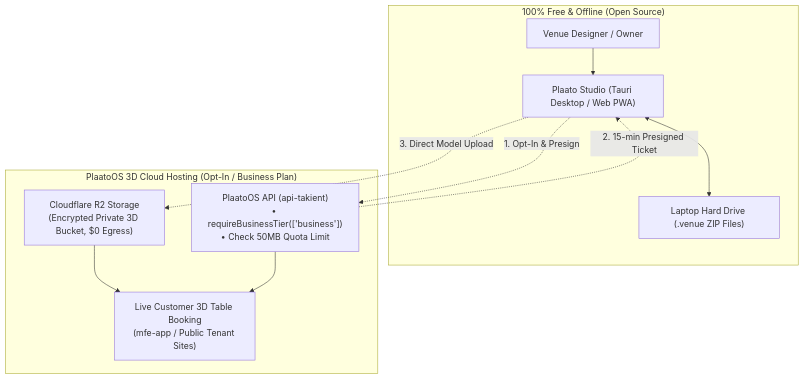
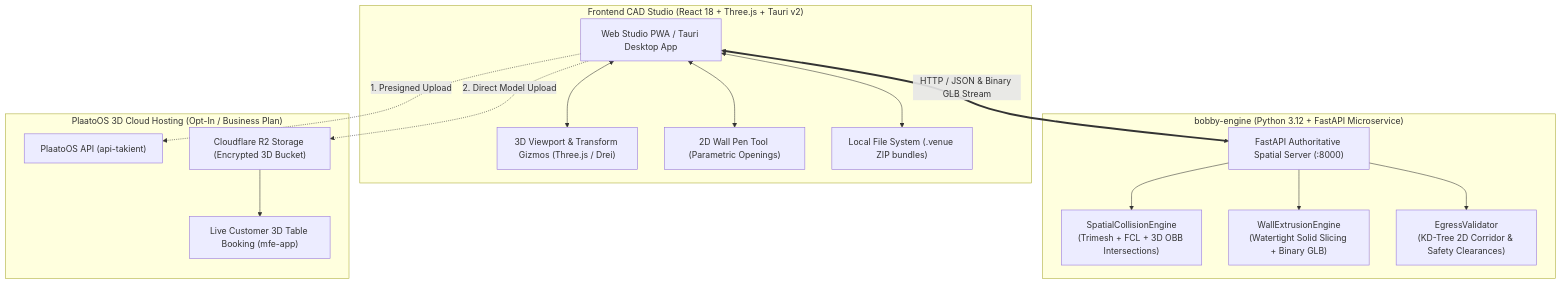
One commit to luisenriquecgongora/bobby changed the diagram in README.md. Above: the diagram before and after it, drawn with Mermaid. The commit also changed other lines of this file and 2 other files, not shown here.

Commit message:
chore(repo): configure .gitattributes linguist rules and update dual-engine README architecture

````diff
--- a/README.md
+++ b/README.md
@@ -15,23 +19,36 @@
 ```mermaid
 flowchart TD
-    subgraph OfflineFree["100% Free & Offline (Open Source)"]
-        User["Venue Designer / Owner"]
-        App["Plaato Studio (Tauri Desktop / Web PWA)"]
-        LocalDisk["Laptop Hard Drive (.venue ZIP Files)"]
-
-        User --> App
-        App <--> LocalDisk
+    subgraph Client["Frontend CAD Studio (React 18 + Three.js + Tauri v2)"]
+        UI["Web Studio PWA / Tauri Desktop App"]
+        Viewport["3D Viewport & Transform Gizmos (Three.js / Drei)"]
+        WallPen["2D Wall Pen Tool (Parametric Openings)"]
+        LocalZip["Local File System (.venue ZIP bundles)"]
+        
+        UI <--> Viewport
+        UI <--> WallPen
+        UI <--> LocalZip
     end
 
-    subgraph OptInCloud["PlaatoOS 3D Cloud Hosting (Opt-In / Business Plan)"]
-        API["PlaatoOS API (api-takient)\n• requireBusinessTier(['business'])\n• Check 50MB Quota Limit"]
-        R2["Cloudflare R2 Storage\n(Encrypted Private 3D Bucket, $0 Egress)"]
-        Viewer["Live Customer 3D Table Booking\n(mfe-app / Public Tenant Sites)"]
+    subgraph GeometryEngine["bobby-engine (Python 3.12 + FastAPI Microservice)"]
+        FastAPI["FastAPI Authoritative Spatial Server (:8000)"]
+        Collision["SpatialCollisionEngine\n(Trimesh + FCL + 3D OBB Intersections)"]
+        Extruder["WallExtrusionEngine\n(Watertight Solid Slicing + Binary GLB)"]
+        Egress["EgressValidator\n(KD-Tree 2D Corridor & Safety Clearances)"]
 
-        App -. "1. Opt-In & Presign" .-> API
-        API -. "2. 15-min Presigned Ticket" .-> App
-        App -. "3. Direct Model Upload" .-> R2
+        FastAPI --> Collision
+        FastAPI --> Extruder
+        FastAPI --> Egress
+    end
+
+    subgraph CloudHosting["PlaatoOS 3D Cloud Hosting (Opt-In / Business Plan)"]
+        API["PlaatoOS API (api-takient)"]
+        R2["Cloudflare R2 Storage (Encrypted 3D Bucket)"]
+        Viewer["Live Customer 3D Table Booking (mfe-app)"]
+
+        UI -. "1. Presigned Upload" .-> API
+        UI -. "2. Direct Model Upload" .-> R2
         R2 --> Viewer
-        API --> Viewer
     end
+
+    UI <== "HTTP / JSON & Binary GLB Stream" ==> FastAPI
 ```
````
